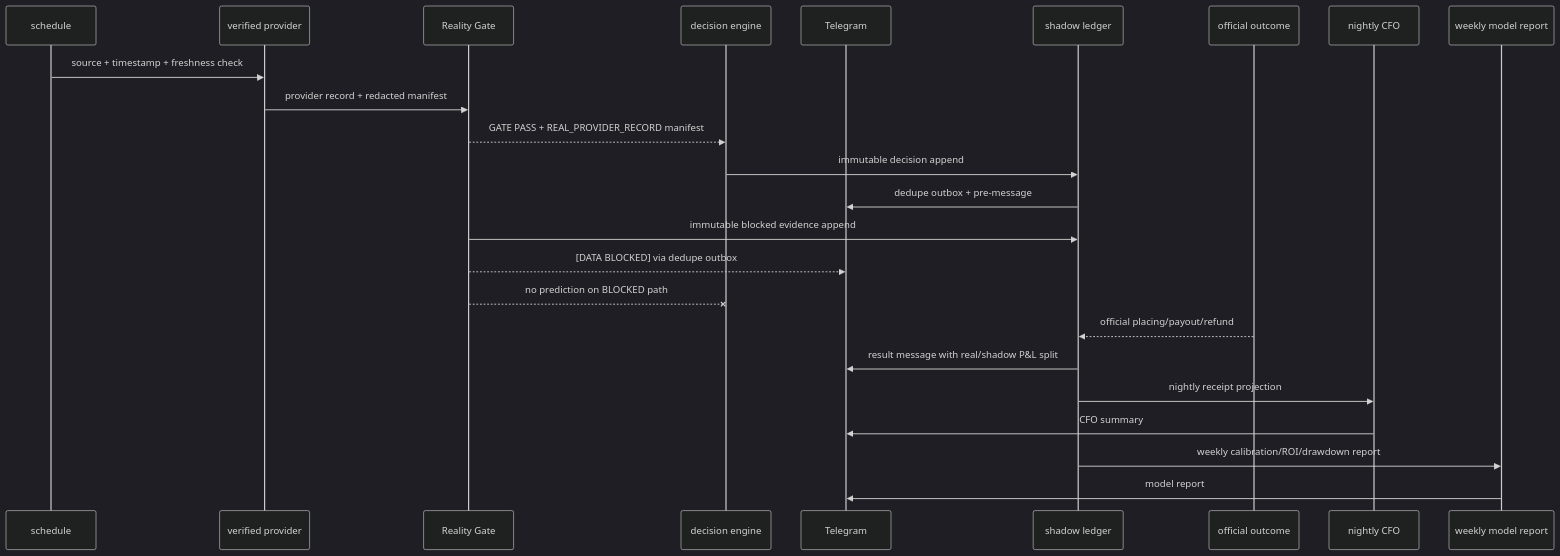
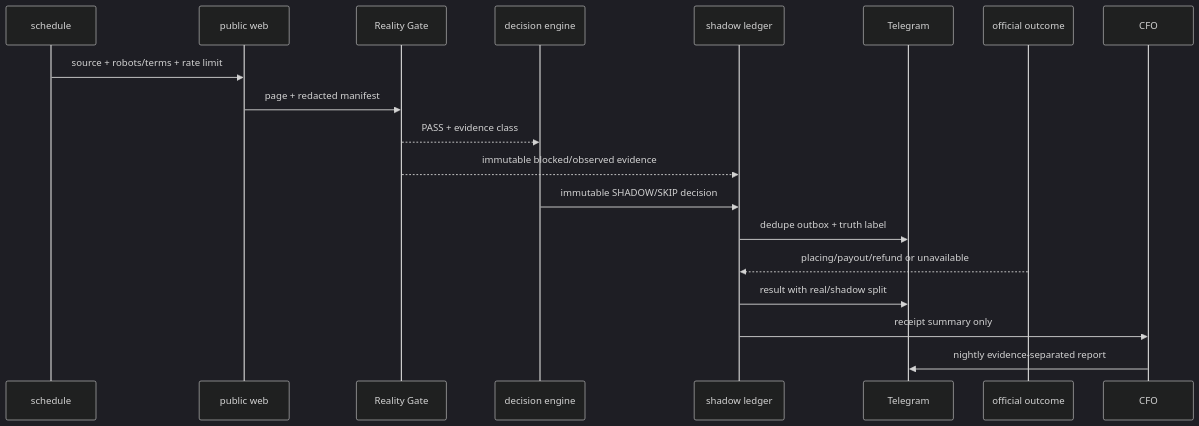
The third of 3 diagrams in docs/superpowers/specs/2026-08-09-life-manager-horse-racing-agent-design.md (Daisuke134/anicca), drawn with Mermaid (dark theme) before and after one commit. The commit also changed other lines of this file, not shown here.

Commit message:
docs(horse-racing): switch spec to free web sources

````diff
--- a/docs/superpowers/specs/2026-08-09-life-manager-horse-racing-agent-design.md
+++ b/docs/superpowers/specs/2026-08-09-life-manager-horse-racing-agent-design.md
@@ -195,26 +178,21 @@
-```mermaid
+~~~mermaid
 sequenceDiagram
   participant S as schedule
-  participant P as verified provider
+  participant W as public web
   participant R as Reality Gate
   participant D as decision engine
+  participant L as shadow ledger
   participant T as Telegram
-  participant L as shadow ledger
   participant O as official outcome
-  participant C as nightly CFO
-  participant W as weekly model report
-  S->>P: source + timestamp + freshness check
-  P->>R: provider record + redacted manifest
-  R-->>D: GATE PASS + REAL_PROVIDER_RECORD manifest
-  D->>L: immutable decision append
-  L->>T: dedupe outbox + pre-message
-  R->>L: immutable blocked evidence append
-  R-->>T: [DATA BLOCKED] via dedupe outbox
-  R--xD: no prediction on BLOCKED path
-  O-->>L: official placing/payout/refund
-  L->>T: result message with real/shadow P&L split
-  L->>C: nightly receipt projection
-  C->>T: CFO summary
-  L->>W: weekly calibration/ROI/drawdown report
-  W->>T: model report
-```
+  participant C as CFO
+  S->>W: source + robots/terms + rate limit
+  W->>R: page + redacted manifest
+  R-->>D: PASS + evidence class
+  R-->>L: immutable blocked/observed evidence
+  D->>L: immutable SHADOW/SKIP decision
+  L->>T: dedupe outbox + truth label
+  O-->>L: placing/payout/refund or unavailable
+  L->>T: result with real/shadow split
+  L->>C: receipt summary only
+  C->>T: nightly evidence-separated report
+~~~
````
